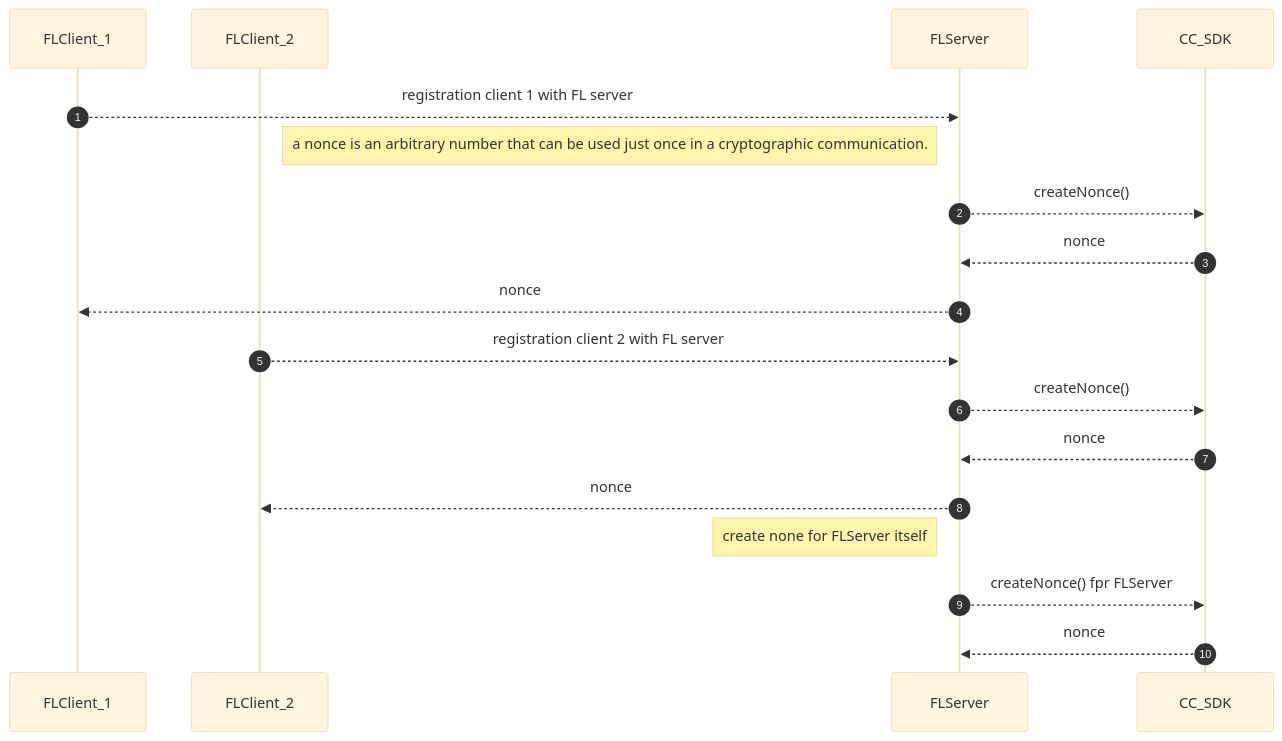
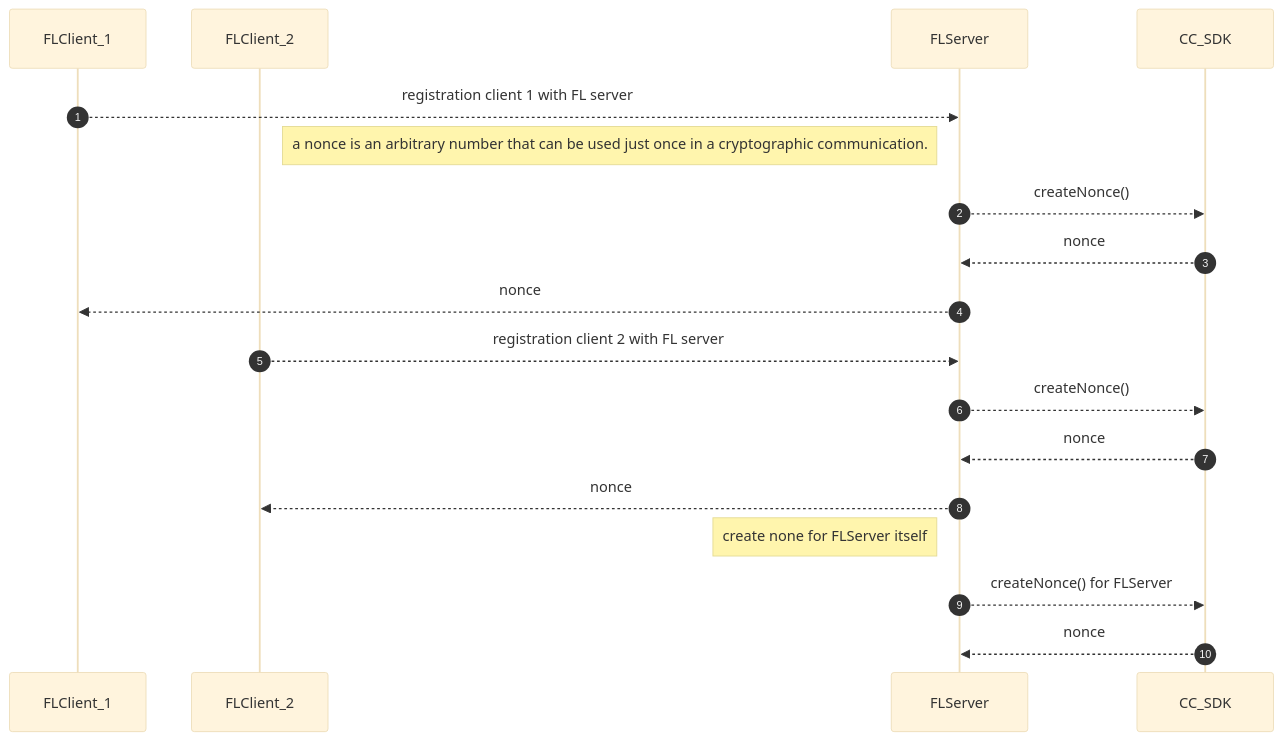
The fourth of 5 diagrams in docs/confidential_computing/detailed_cc_sequence_diagram.md (hitesh-ag1/NVFlare), drawn with Mermaid (base theme) before and after one commit.

Commit message:
Sequence diagram for CC

````diff
--- a/docs/confidential_computing/detailed_cc_sequence_diagram.md
+++ b/docs/confidential_computing/detailed_cc_sequence_diagram.md
@@ -78,24 +78,24 @@
 ```mermaid
 sequenceDiagram
    autonumber
     participant FLClient_1
     participant FLClient_2
     participant FLServer
     participant CC_SDK
  
     FLClient_1 -->> FLServer: registration client 1 with FL server
     Note left of FLServer: a nonce is an arbitrary number that can be used just once in a cryptographic communication.
     FLServer -->> CC_SDK : createNonce() 
     CC_SDK -->> FLServer : nonce
     FLServer -->> FLClient_1 : nonce
     
     FLClient_2 -->> FLServer: registration client 2 with FL server
     FLServer -->> CC_SDK : createNonce() 
     CC_SDK -->> FLServer : nonce
     FLServer -->> FLClient_2 : nonce
     
     Note left of FLServer: create none for FLServer itself
-    FLServer -->> CC_SDK : createNonce() fpr FLServer 
+    FLServer -->> CC_SDK : createNonce() for FLServer 
     CC_SDK -->> FLServer : nonce
        
 ```
````
